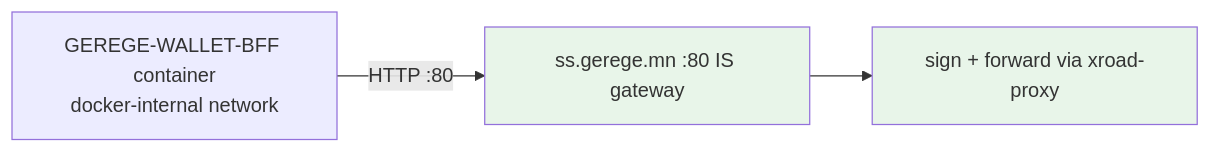
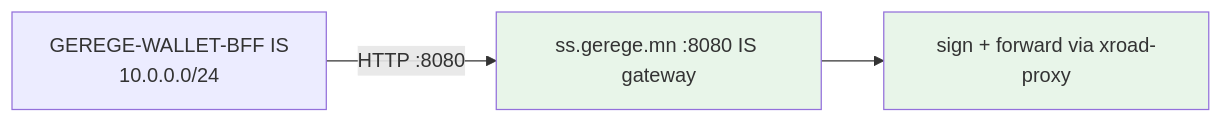
The third of 3 diagrams in ss.gerege.mn/README.md (geregedevops/xroad-mongolia-mn), drawn with Mermaid before and after one commit. The commit also changed other lines of this file and 3 other files, not shown here.

````diff
--- a/ss.gerege.mn/README.md
+++ b/ss.gerege.mn/README.md
@@ -71,10 +81,10 @@
 ```mermaid
 flowchart LR
-    %% Why GEREGE-WALLET-BFF uses HTTP connection type
+    %% Why GEREGE-WALLET-BFF uses the HTTP connection type
 
-    BFF[GEREGE-WALLET-BFF container<br/>docker-internal network] -->|HTTP :80| SS_GW[ss.gerege.mn :80 IS gateway]
+    BFF[GEREGE-WALLET-BFF IS<br/>10.0.0.0/24] -->|HTTP :8080| SS_GW[ss.gerege.mn :8080 IS gateway]
     SS_GW --> SIG[sign + forward via xroad-proxy]
 
     classDef ok fill:#E8F5E9
     class SS_GW,SIG ok
 ```
````
